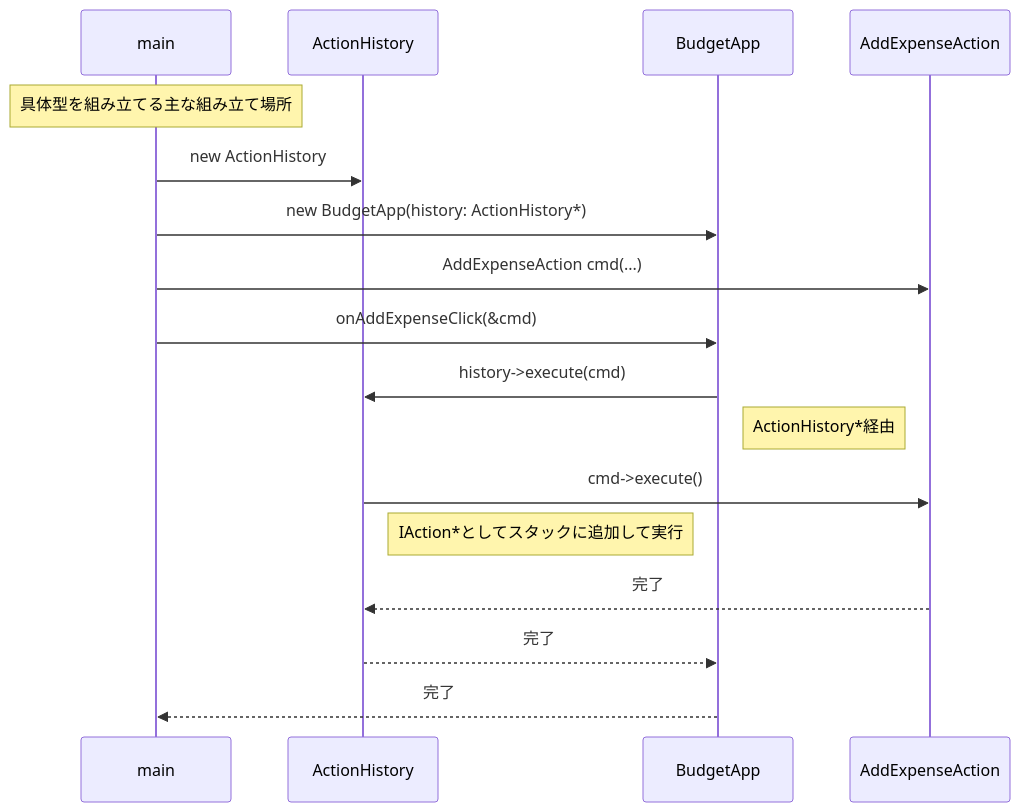
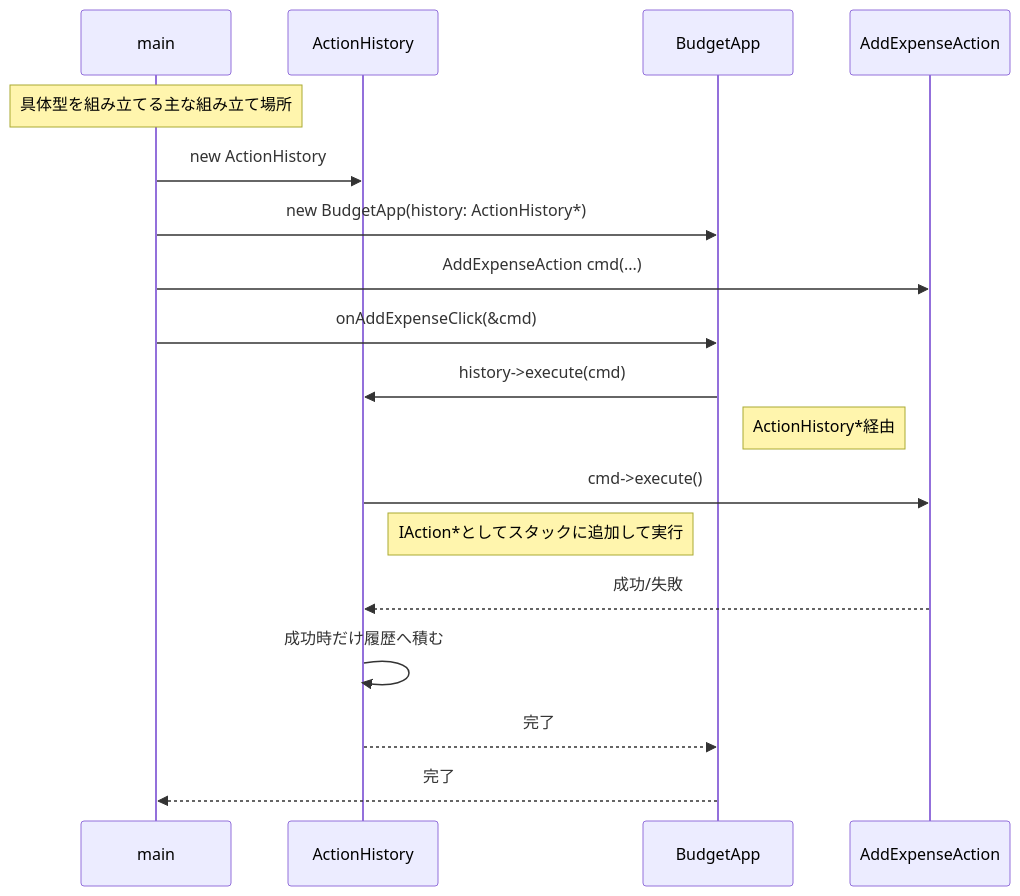
One commit to kumachan1101-pixel/DesignPattern changed the eighth of 10 diagrams in kindle/design-patterns/output/chapter05.md. Above: the diagram before and after it, drawn with Mermaid. The commit also changed other lines of this file and 1 other file, not shown here.

````diff
--- a/kindle/design-patterns/output/chapter05.md
+++ b/kindle/design-patterns/output/chapter05.md
@@ -1407,19 +1488,20 @@
 ```mermaid
 sequenceDiagram
     participant main
     participant CH as ActionHistory
     participant BA as BudgetApp
     participant AEC as AddExpenseAction
     Note over main: 具体型を組み立てる主な組み立て場所
     main->>CH: new ActionHistory
     main->>BA: new BudgetApp(history: ActionHistory*)
     main->>AEC: AddExpenseAction cmd(...)
     main->>BA: onAddExpenseClick(&cmd)
     BA->>CH: history->execute(cmd)
     Note right of BA: ActionHistory*経由
     CH->>AEC: cmd->execute()
     Note right of CH: IAction*としてスタックに追加して実行
-    AEC-->>CH: 完了
+    AEC-->>CH: 成功/失敗
+    CH->>CH: 成功時だけ履歴へ積む
     CH-->>BA: 完了
     BA-->>main: 完了
 ```
````
